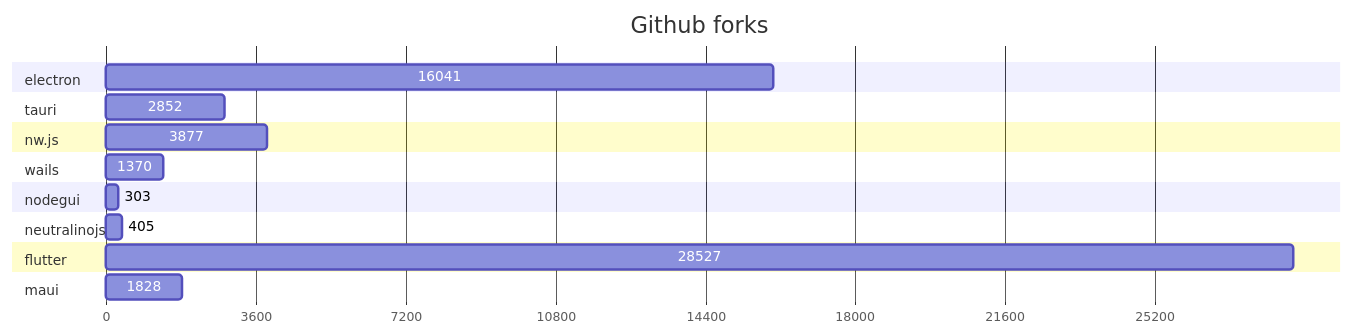
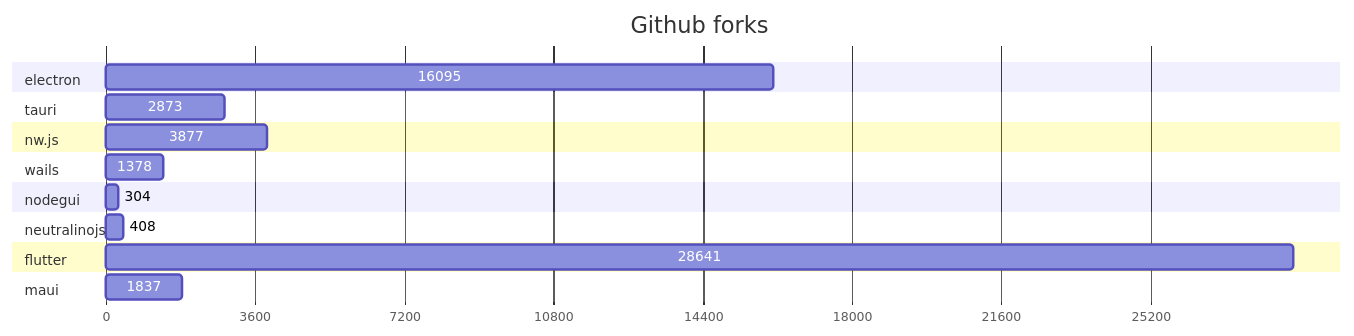
The second of 2 diagrams in GRAPHS.md (Elanis/web-to-desktop-framework-comparison), drawn with Mermaid before and after one commit. The commit also changed other lines of this file and 2 other files, not shown here.

````diff
--- a/GRAPHS.md
+++ b/GRAPHS.md
@@ -47,40 +47,40 @@
 ```mermaid
 gantt
     title Github forks
     dateFormat  X
     axisFormat %s
 
 
 	section electron
-	16041 : 0, 16041
+	16095 : 0, 16095
 
 	
 	section tauri
-	2852 : 0, 2852
+	2873 : 0, 2873
 
 	
 	section nw.js
 	3877 : 0, 3877
 
 	
 	section wails
-	1370 : 0, 1370
+	1378 : 0, 1378
 
 	
 	section nodegui
-	303 : 0, 303
+	304 : 0, 304
 
 	
 	section neutralinojs
-	405 : 0, 405
+	408 : 0, 408
 
 	
 	section flutter
-	28527 : 0, 28527
+	28641 : 0, 28641
 
 	
 	section maui
-	1828 : 0, 1828
+	1837 : 0, 1837
 
 	
 ```
````
